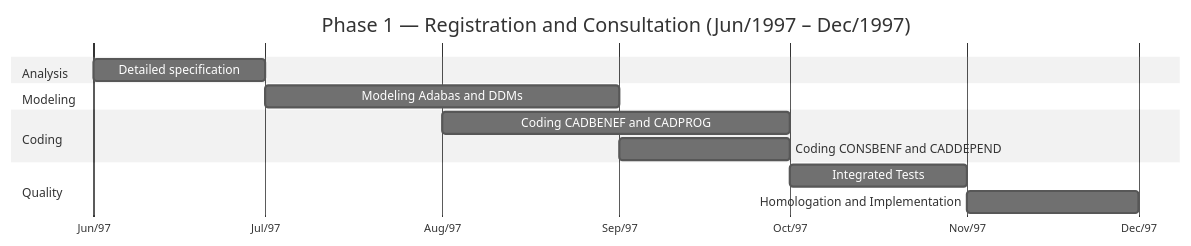
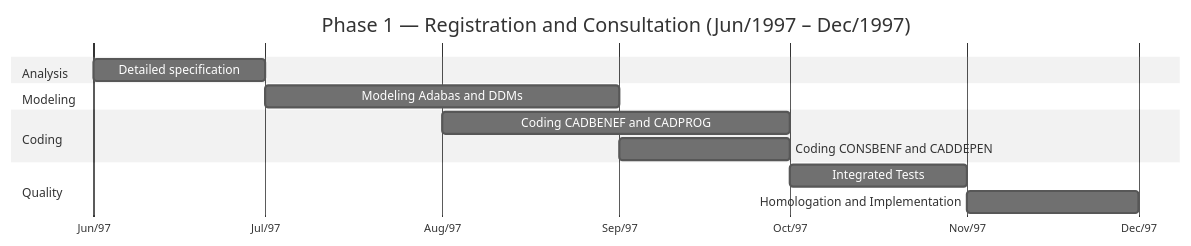
One commit to paulasilvatech/datacorp-mm-team-kit changed the fifth of 6 diagrams in 01-archaeology/legacy-sifap/legacy-docs/ORIGINAL-ARCHITECTURE-1997.md. Above: the diagram before and after it, drawn with Mermaid. The commit also changed other lines of this file and 17 other files, not shown here.

````diff
--- a/01-archaeology/legacy-sifap/legacy-docs/ORIGINAL-ARCHITECTURE-1997.md
+++ b/01-archaeology/legacy-sifap/legacy-docs/ORIGINAL-ARCHITECTURE-1997.md
@@ -479,21 +479,21 @@
 ```mermaid
 %%{init: {'theme':'neutral','themeVariables':{'fontFamily':'ui-sans-serif, system-ui, sans-serif','primaryColor':'#F5F5F5','primaryTextColor':'#171717','primaryBorderColor':'#171717','lineColor':'#525252','secondaryColor':'#FFFFFF','tertiaryColor':'#FAFAFA','background':'#FFFFFF'}}}%%
 gantt
     title Phase 1 — Registration and Consultation (Jun/1997 – Dec/1997)
     dateFormat YYYY-MM
     axisFormat %b/%y
 
     section Analysis
     Detailed specification :a1, 1997-06, 1M
 
     section Modeling
     Modeling Adabas and DDMs :a2, 1997-07, 2M
 
     section Coding
     Coding CADBENEF and CADPROG :a3, 1997-08, 2M
-    Coding CONSBENF and CADDEPEND :a4, 1997-09, 1M
+    Coding CONSBENF and CADDEPEN :a4, 1997-09, 1M
 
     section Quality
     Integrated Tests :a5, 1997-10, 1M
     Homologation and Implementation:a6, 1997-11, 1M
 ```
````
